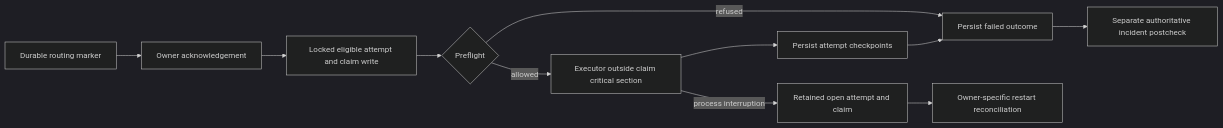
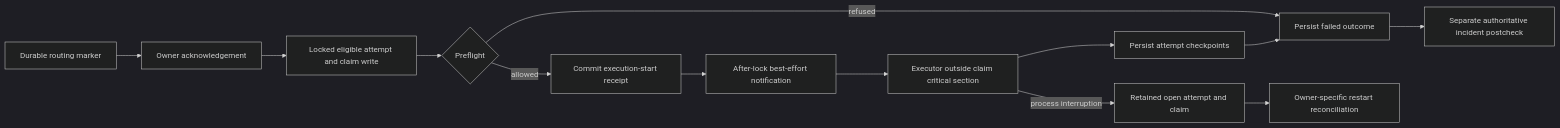
The second of 5 diagrams in cascade/task/DESIGN.md (vincentc-b/CascadeCode), drawn with Mermaid (dark theme) before and after one commit. The commit also changed other lines of this file and 10 other files, not shown here.

````diff
--- a/cascade/task/DESIGN.md
+++ b/cascade/task/DESIGN.md
@@ -160,13 +167,15 @@
 ```mermaid
 flowchart LR
     Request[Durable routing marker] --> Ack[Owner acknowledgement]
     Ack --> Claim[Locked eligible attempt and claim write]
     Claim --> Preflight{Preflight}
-    Preflight -->|allowed| Execute[Executor outside claim critical section]
+    Preflight -->|allowed| Start[Commit execution-start receipt]
+    Start --> Notify[After-lock best-effort notification]
+    Notify --> Execute[Executor outside claim critical section]
     Preflight -->|refused| Finalize[Persist failed outcome]
     Execute --> Checkpoint[Persist attempt checkpoints]
     Checkpoint --> Finalize
     Execute -->|process interruption| Open[Retained open attempt and claim]
     Open --> Reconcile[Owner-specific restart reconciliation]
     Finalize --> Verify[Separate authoritative incident postcheck]
 ```
````
